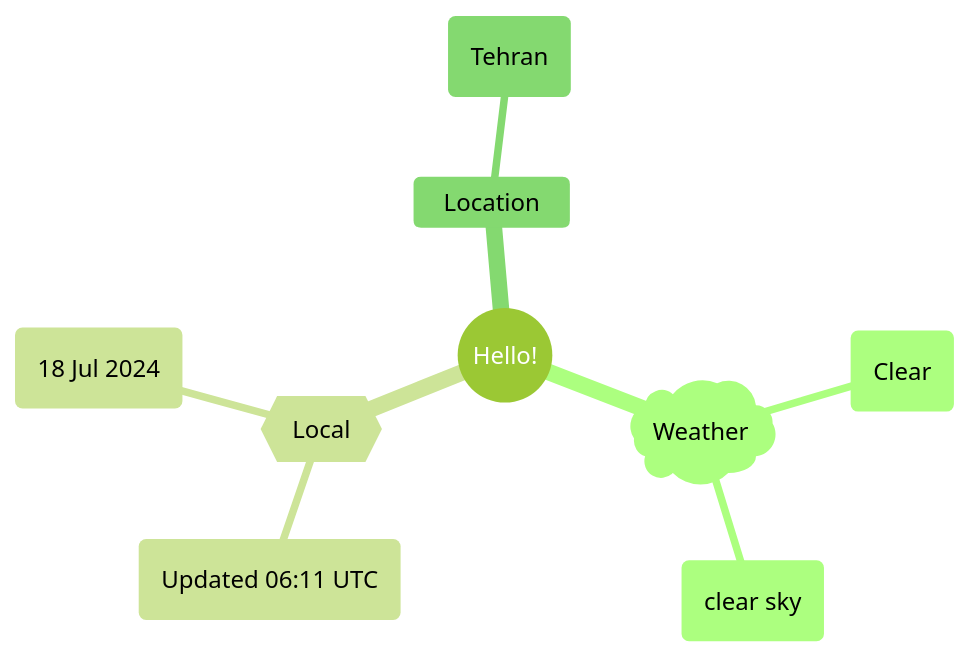
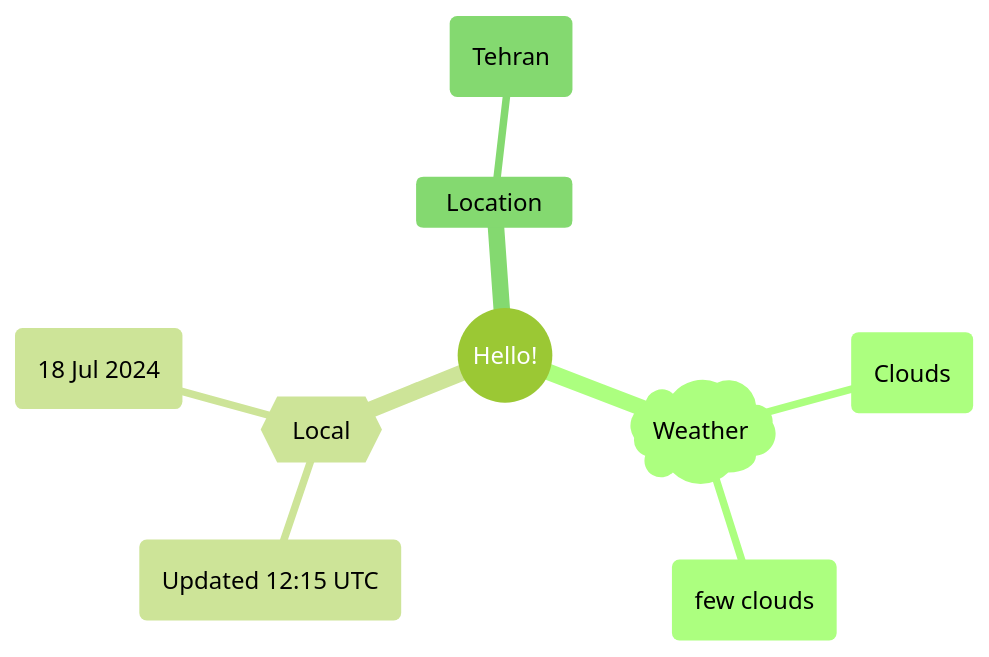
Before and after one commit to Xosrov/Xosrov: the first of 2 diagrams in README.md, drawn with Mermaid (forest theme).

Commit message:
[bot] updated images

````diff
--- a/README.md
+++ b/README.md
@@ -3,12 +3,12 @@
 ```mermaid
 mindmap
   root((Hello!))
     )Weather(
-        (Clear)
-        (clear sky)
+        (Clouds)
+        (few clouds)
     {{Local}}
-        (Updated 06:11 UTC)
+        (Updated 12:15 UTC)
         (18 Jul 2024)
     Location
         (Tehran)
 ```
````
